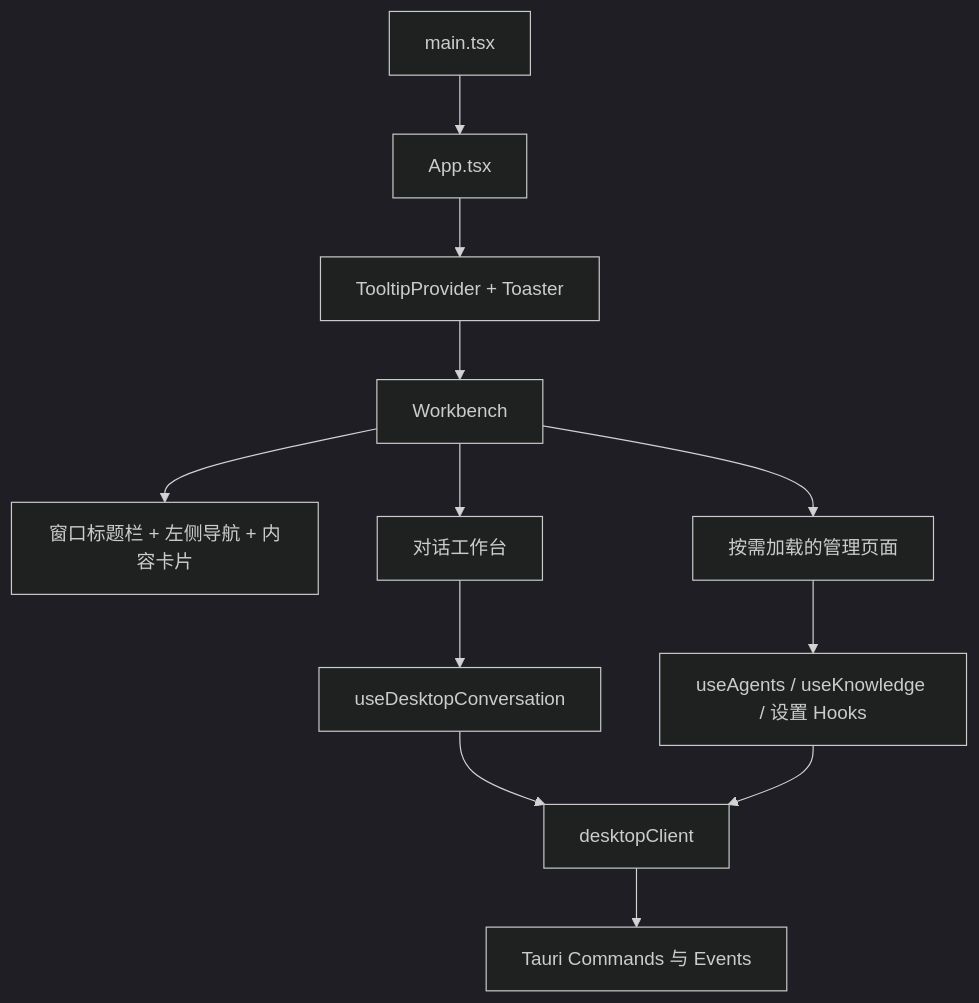
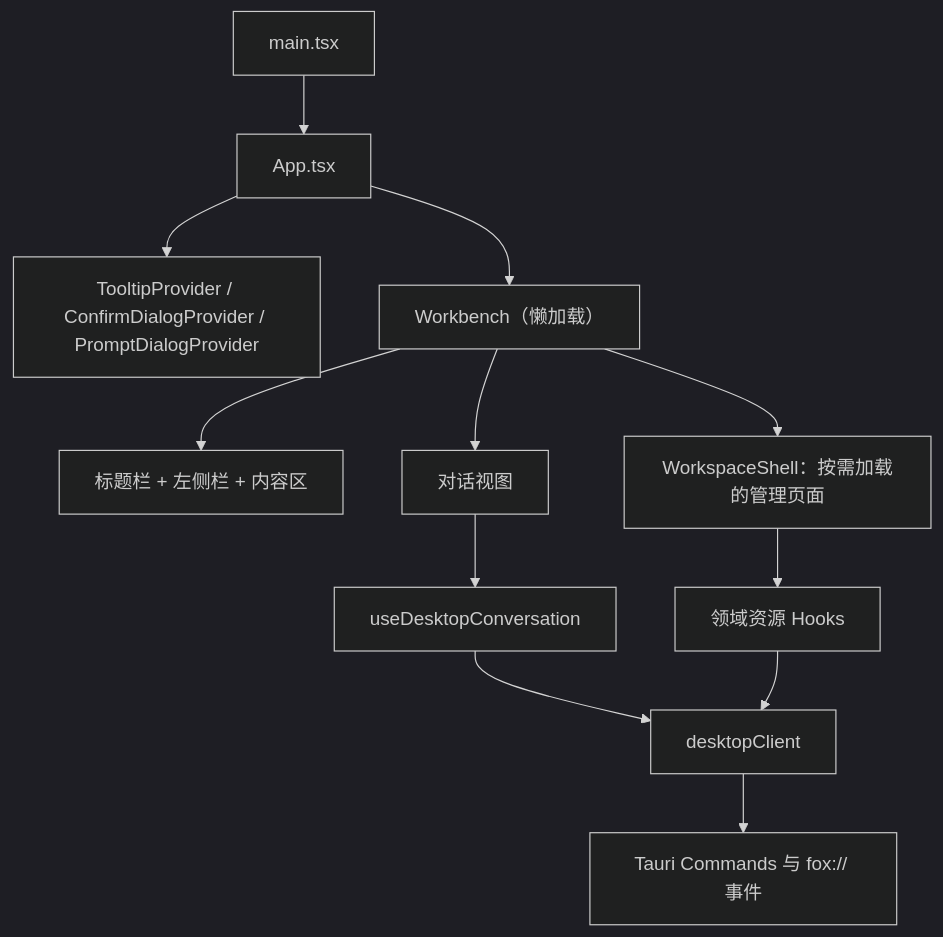
Before and after one commit to Hry1729/Fox-Agent: the first of 2 diagrams in docs/03-产品与前端/前端架构.md, drawn with Mermaid (dark theme). The commit also changed other lines of this file, not shown here.

````diff
--- a/docs/03-产品与前端/前端架构.md
+++ b/docs/03-产品与前端/前端架构.md
@@ -32,14 +39,14 @@
 ```mermaid
 flowchart TD
   Main["main.tsx"] --> App["App.tsx"]
-  App --> Providers["TooltipProvider + Toaster"]
-  Providers --> Workbench["Workbench"]
-  Workbench --> Shell["窗口标题栏 + 左侧导航 + 内容卡片"]
-  Workbench --> Chat["对话工作台"]
-  Workbench --> Pages["按需加载的管理页面"]
+  App --> Providers["TooltipProvider / ConfirmDialogProvider / PromptDialogProvider"]
+  App --> Workbench["Workbench（懒加载）"]
+  Workbench --> Shell["标题栏 + 左侧栏 + 内容区"]
+  Workbench --> Chat["对话视图"]
+  Workbench --> Pages["WorkspaceShell：按需加载的管理页面"]
   Chat --> Hook["useDesktopConversation"]
-  Pages --> Resources["useAgents / useKnowledge / 设置 Hooks"]
+  Pages --> Resources["领域资源 Hooks"]
   Hook --> Client["desktopClient"]
   Resources --> Client
-  Client --> Tauri["Tauri Commands 与 Events"]
+  Client --> Tauri["Tauri Commands 与 fox:// 事件"]
 ```
````
